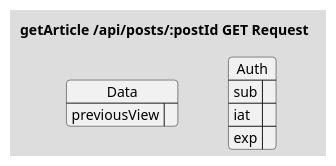
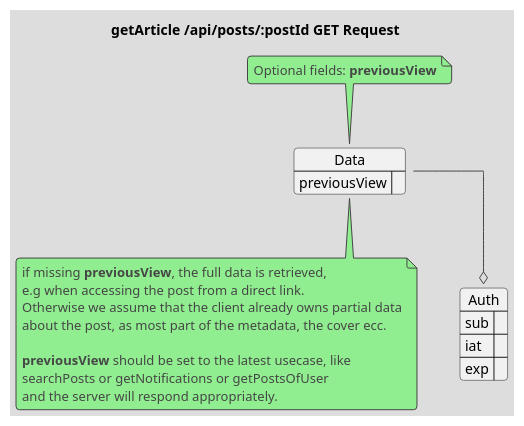
One commit to crah-app/diagrams changed the first of 2 diagrams in api/src/Posts/:postId/GET/getArticle.puml. Above: the diagram before and after it, drawn with PlantUML. The commit also changed other lines of this file and 16 other files, not shown here.

```diff
--- a/api/src/Posts/:postId/GET/getArticle.puml
+++ b/api/src/Posts/:postId/GET/getArticle.puml
@@ -1,23 +1,40 @@
 @startuml getArticle-Request
 !theme toy
+skinparam linetype ortho
 title "getArticle /api/posts/:postId GET Request"
-
 
 json Data {
     ' Optional
     ' If missing, the full data is retrieved, e.g when accessing the post from a direct link
     ' Othervise we assume that the client already owns partial data
     ' about the post, as most part of the metadata, the cover ecc.
     ' 
     ' previousView should be set to the latest usecase, like
     ' `searchPosts` or `getNotifications` or `getPostsOfUser`
     ' and the server will respond appropriately.
     "previousView": ""
 } 
 
+note top of Data 
+    Optional fields: **previousView**
+end note
+
+note bottom of Data 
+    if missing **previousView**, the full data is retrieved,
+    e.g when accessing the post from a direct link.
+    Otherwise we assume that the client already owns partial data
+    about the post, as most part of the metadata, the cover ecc.
+
+    **previousView** should be set to the latest usecase, like
+    searchPosts or getNotifications or getPostsOfUser
+    and the server will respond appropriately.
+end note
+
 json Auth {
     "sub": "",
     "iat": "",
     "exp": ""
 }
+
+Data --o Auth
 @enduml
```
